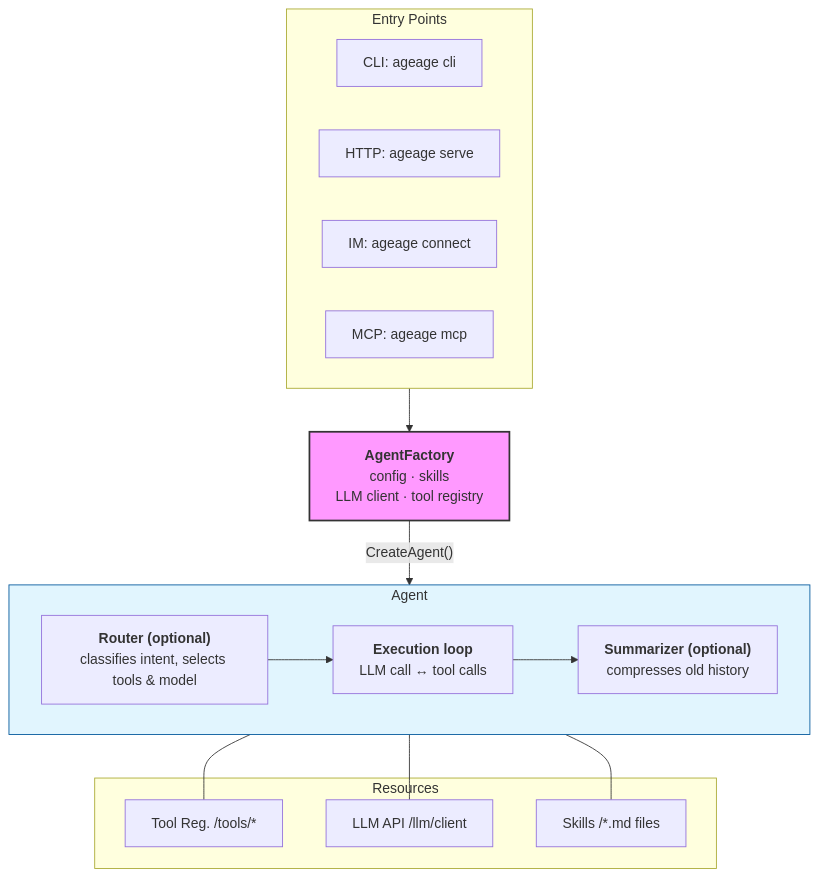
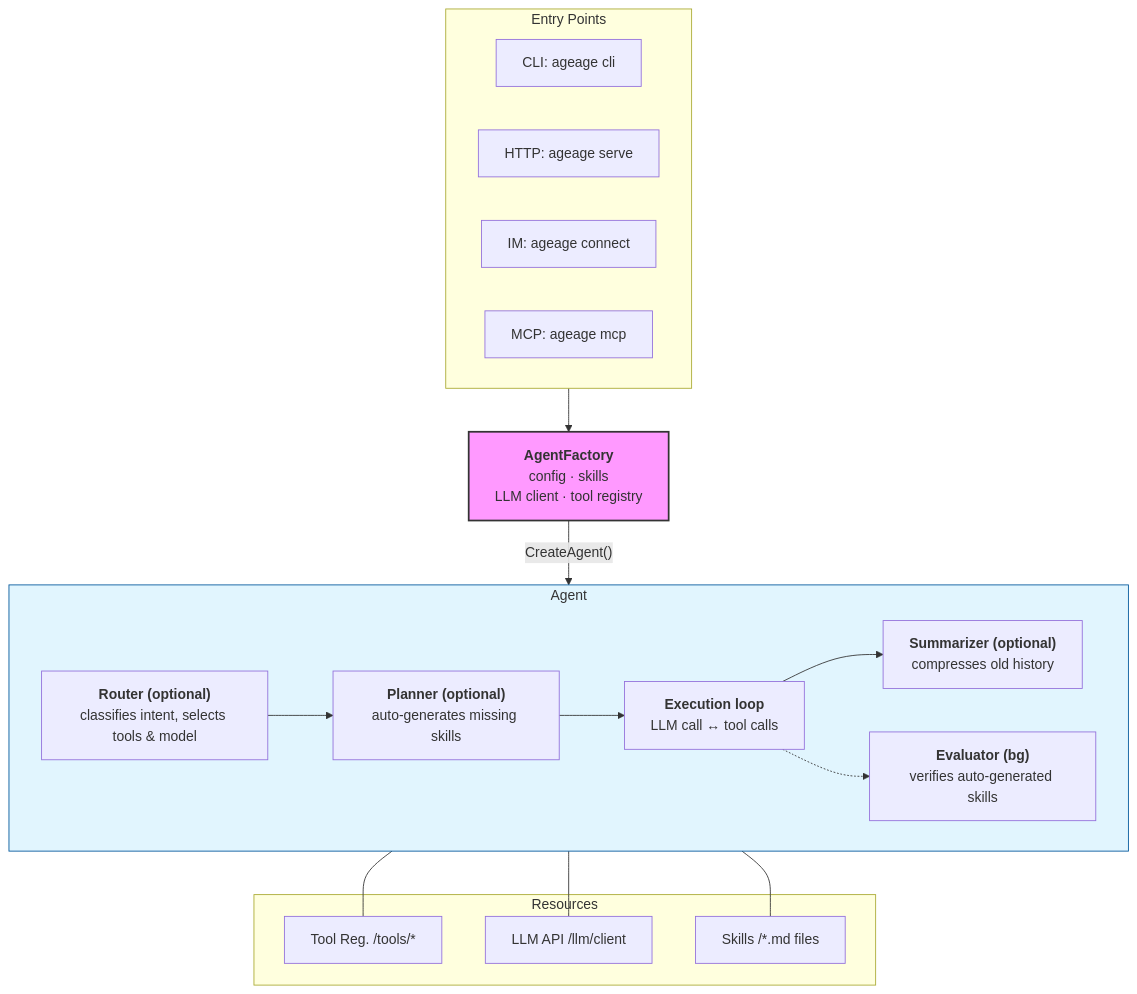
One commit to CarbonC39/AgeAge changed the diagram in README.md. Above: the diagram before and after it, drawn with Mermaid. The commit also changed other lines of this file and 27 other files, not shown here.

Commit message:
add planner & evaluator

````diff
--- a/README.md
+++ b/README.md
@@ -66,34 +66,37 @@
 ```mermaid
 graph TD
     subgraph EntryPoints [Entry Points]
         CLI[CLI: ageage cli]
         HTTP[HTTP: ageage serve]
         IM[IM: ageage connect]
         MCP[MCP: ageage mcp]
     end
 
     Factory["<b>AgentFactory</b><br/>config · skills<br/>LLM client · tool registry"]
 
     subgraph AgentInstance [Agent]
         Router["<b>Router (optional)</b><br/>classifies intent, selects tools & model"]
+        Planner["<b>Planner (optional)</b><br/>auto-generates missing skills"]
         Loop["<b>Execution loop</b><br/>LLM call ↔ tool calls"]
         Summ["<b>Summarizer (optional)</b><br/>compresses old history"]
+        Eval["<b>Evaluator (bg)</b><br/>verifies auto-generated skills"]
         
-        Router --> Loop --> Summ
+        Router --> Planner --> Loop --> Summ
+        Loop -.-> Eval
     end
 
     subgraph Resources [Resources]
         TR[Tool Reg. /tools/*]
         LLM[LLM API /llm/client]
         SK[Skills /*.md files]
     end
 
     EntryPoints --> Factory
     Factory -- "CreateAgent()" --> AgentInstance
     AgentInstance --- TR
     AgentInstance --- LLM
     AgentInstance --- SK
 
     style Factory fill:#f9f,stroke:#333,stroke-width:2px
     style AgentInstance fill:#e1f5fe,stroke:#01579b
 ```
````
